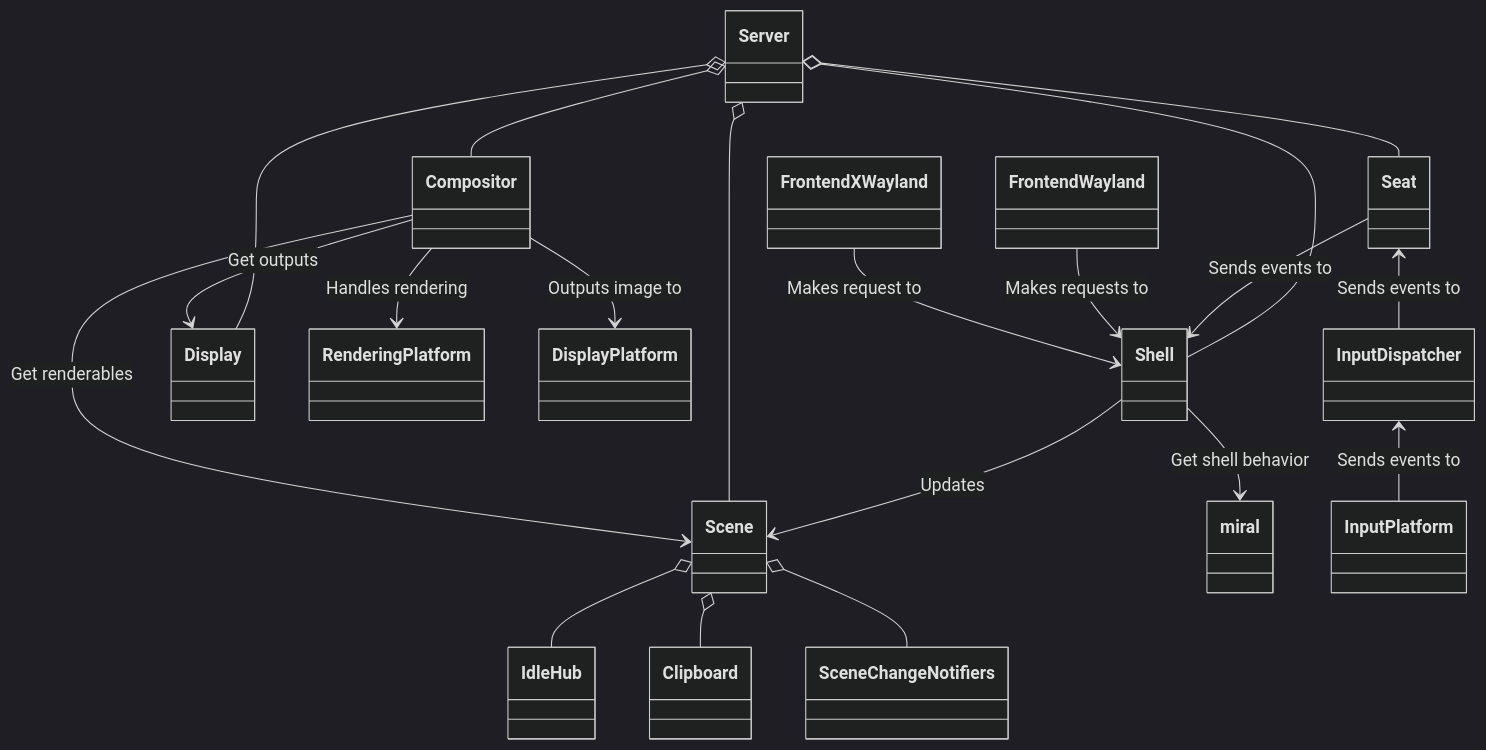
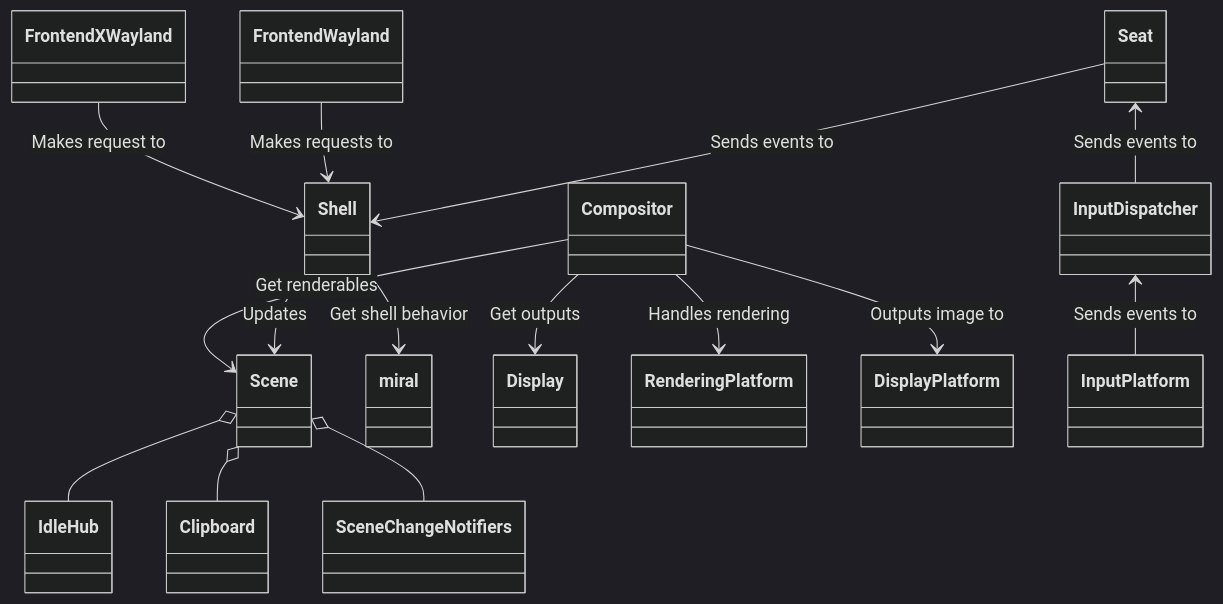
One commit to canonical/mir changed the diagram in doc/sphinx/mirserver.mmd. Above: the diagram before and after it, drawn with Mermaid (dark theme).

Commit message:
Removing 'Server' from the diagram

```diff
--- a/doc/sphinx/mirserver.mmd
+++ b/doc/sphinx/mirserver.mmd
@@ -1,26 +1,20 @@
 
 classDiagram
     Shell --> Scene: Updates
-    Server o-- Shell
-    Server o-- Scene
-    Server o-- Compositor
-    Server o-- Seat
-    Server o-- Display
-
     Shell --> miral: Get shell behavior
     Compositor --> Scene: Get renderables
     Compositor --> Display: Get outputs
     Compositor --> RenderingPlatform: Handles rendering
     Compositor --> DisplayPlatform: Outputs image to
     InputDispatcher <-- InputPlatform: Sends events to
     Seat <-- InputDispatcher: Sends events to
     Seat --> Shell: Sends events to
     FrontendWayland --> Shell: Makes requests to
     FrontendXWayland --> Shell: Makes request to
     Scene o-- IdleHub
     Scene o-- Clipboard
     Scene o-- SceneChangeNotifiers
 
 
     %%Server --> Core
     %%Server --> Common
```
